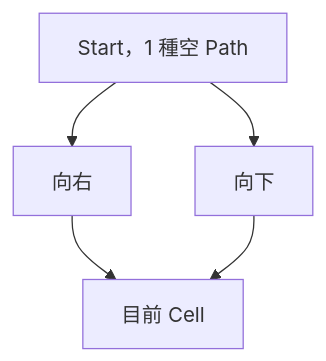
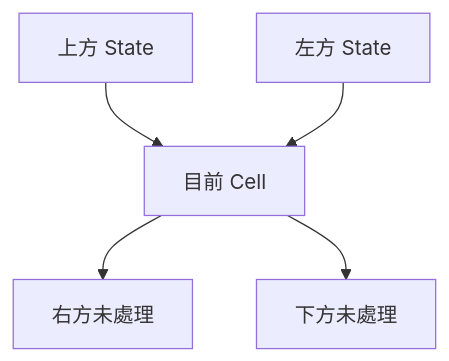
The second of 4 diagrams in 09_dynamic_programming/39_grid_dp.md (davidchen0970/algorithm_note), drawn with Mermaid before and after one commit. The commit also changed other lines of this file and 2 other files, not shown here.

````diff
--- a/09_dynamic_programming/39_grid_dp.md
+++ b/09_dynamic_programming/39_grid_dp.md
@@ -148,7 +139,7 @@
 ```mermaid
 flowchart TD
-    S["Start，1 種空 Path"] --> R["向右"]
-    S --> D["向下"]
-    R --> C["目前 Cell"]
-    D --> C
+    U["上方 State"] --> C["目前 Cell"]
+    L["左方 State"] --> C
+    C --> R["右方未處理"]
+    C --> D["下方未處理"]
 ```
````
